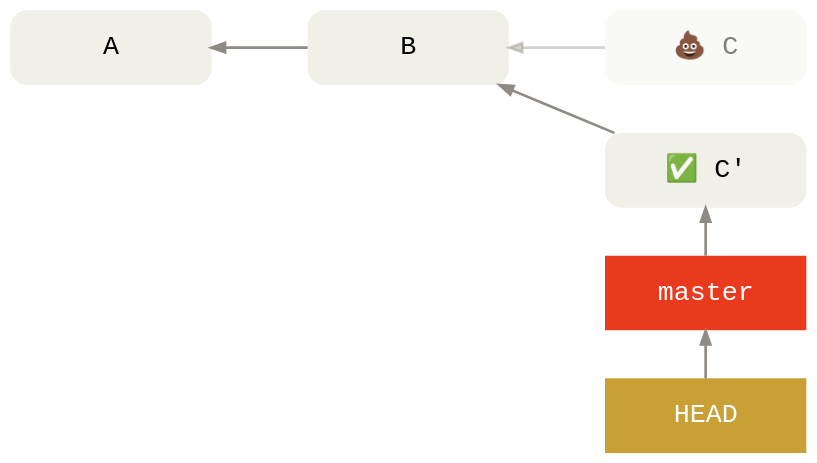
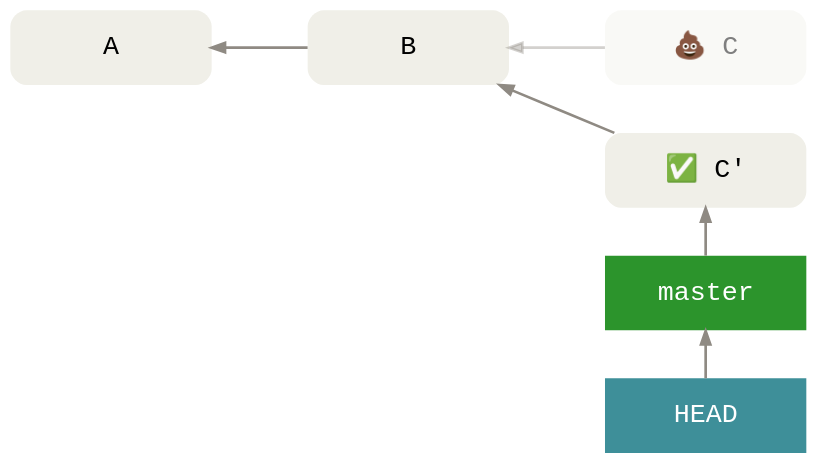
The diagram in images/rewriting/amend.gv (agross/git-reveal), drawn with Graphviz before and after one commit. The commit also changed 86 other files, not shown here.

```diff
--- a/images/rewriting/amend.gv
+++ b/images/rewriting/amend.gv
@@ -1,56 +1,56 @@
 digraph Git {
   bgcolor="transparent"
 
   rankdir=LR
   ranksep=1
   nodesep=.5
 
   edge [color="#8f8a83"
         penwidth=2
         dir="back"]
   node [shape=box
         fontname="Menlo, Monaco, Consolas, Lucida Console, Courier New, monospace"
         fontsize=20
         margin=".2,.23"
         width=2.1
         penwidth=0]
 
   node [style="filled"
         fontcolor="#ffffff"]
-  HEAD [fillcolor="#c8a036"]
-  master [fillcolor="#e93a1d"]
+  HEAD [fillcolor="#3e8f99"]
+  master [fillcolor="#2c942c"]
 
   node [style="rounded,filled"
         fillcolor="#f0efe8"
         fontcolor="black"]
   A -> B
 
   node [fillcolor="#f0efe864"
         fontcolor="#7f7f7f"
         group=unreachable]
   edge [color="#8f8a8364"]
   C [label="💩 C"]
   B -> C [weight=10]
 
   node [fillcolor="#f0efe8"
         fontcolor="black"]
   edge [color="#8f8a83"]
 
   // No cluster draws label below.
   {
     rank=same
     Cr -> master -> HEAD
   }
 
   Cr [label="✅ C'"]
   B -> Cr
 
   node [style=invis]
   edge [style=invis]
   B_ -> Cr
 
   {
     rank=same
     B -> B_
   }
 }
```
